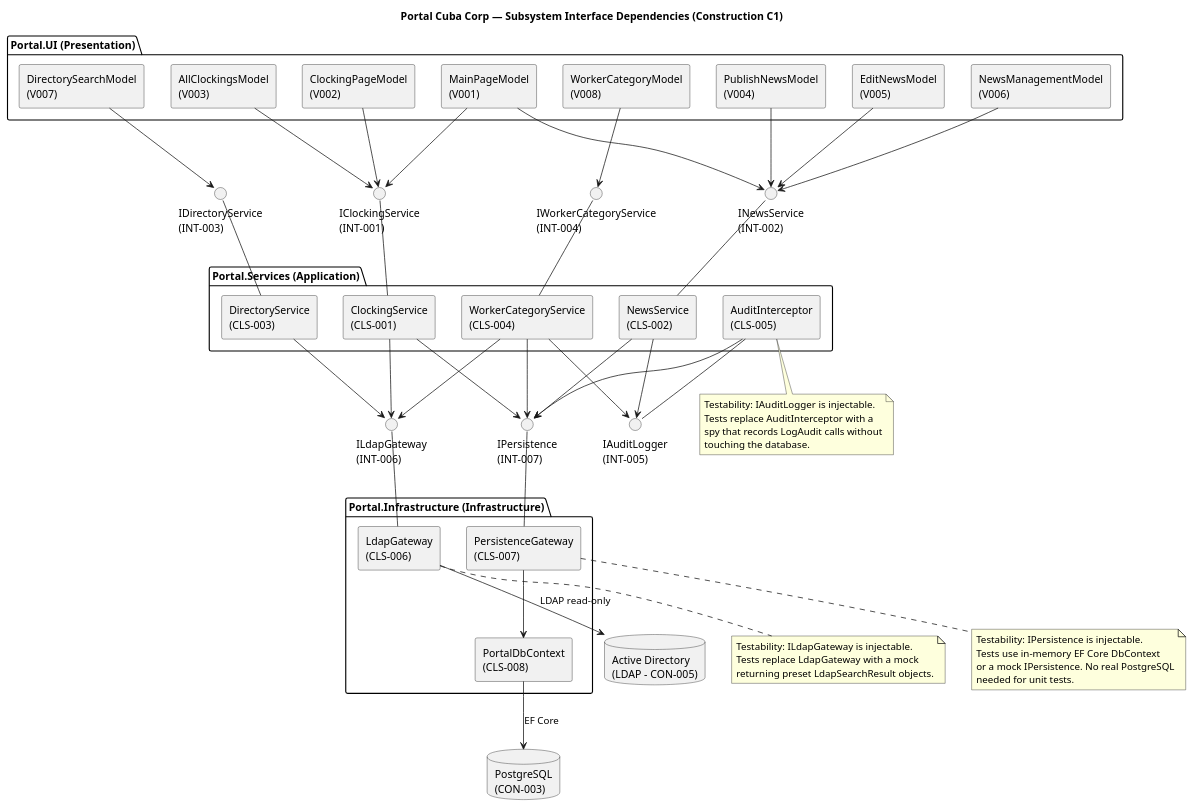
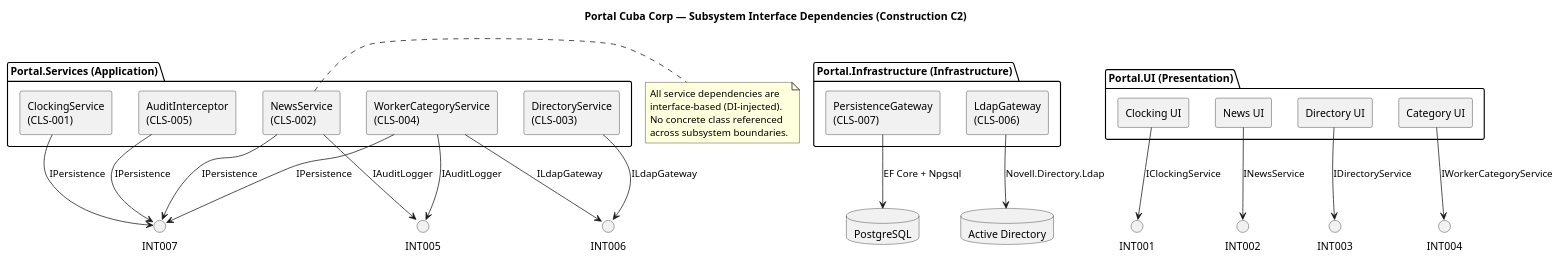
Diagram 15 of 32 in docs/artifacts/analysis---design/design-model.md (banense-test/portal-cuba-corp), drawn with PlantUML before and after one commit. The commit also changed other lines of this file, not shown here.

First line of the commit message:
Designer [C2]: upsert Design Model

````diff
--- a/docs/artifacts/analysis---design/design-model.md
+++ b/docs/artifacts/analysis---design/design-model.md
@@ -1254,97 +1207,55 @@
 ```plantuml
 @startuml
-title Portal Cuba Corp — Subsystem Interface Dependencies (Construction C1)
+title Portal Cuba Corp — Subsystem Interface Dependencies (Construction C2)
 
 skinparam componentStyle rectangle
 skinparam classAttributeIconSize 0
 
 package "Portal.UI (Presentation)" {
-  component "ClockingPageModel\n(V002)" as V002
-  component "MainPageModel\n(V001)" as V001
-  component "AllClockingsModel\n(V003)" as V003
-  component "PublishNewsModel\n(V004)" as V004
-  component "EditNewsModel\n(V005)" as V005
-  component "NewsManagementModel\n(V006)" as V006
-  component "DirectorySearchModel\n(V007)" as V007
-  component "WorkerCategoryModel\n(V008)" as V008
+  [Clocking UI] as UI_CLK
+  [News UI] as UI_NEWS
+  [Directory UI] as UI_DIR
+  [Category UI] as UI_CAT
 }
 
 package "Portal.Services (Application)" {
-  component "ClockingService\n(CLS-001)" as SVC1
-  component "NewsService\n(CLS-002)" as SVC2
-  component "DirectoryService\n(CLS-003)" as SVC3
-  component "WorkerCategoryService\n(CLS-004)" as SVC4
-  component "AuditInterceptor\n(CLS-005)" as SVC5
+  component "ClockingService\n(CLS-001)" as SVC_CLK
+  component "NewsService\n(CLS-002)" as SVC_NEWS
+  component "DirectoryService\n(CLS-003)" as SVC_DIR
+  component "WorkerCategoryService\n(CLS-004)" as SVC_CAT
+  component "AuditInterceptor\n(CLS-005)" as SVC_AUDIT
 }
 
 package "Portal.Infrastructure (Infrastructure)" {
-  component "LdapGateway\n(CLS-006)" as INF1
-  component "PersistenceGateway\n(CLS-007)" as INF2
-  component "PortalDbContext\n(CLS-008)" as INF3
+  component "PersistenceGateway\n(CLS-007)" as INF_PERSIST
+  component "LdapGateway\n(CLS-006)" as INF_LDAP
 }
 
-database "PostgreSQL\n(CON-003)" as PG
-database "Active Directory\n(LDAP - CON-005)" as AD
+database "PostgreSQL" as PG
+database "Active Directory" as AD
 
-interface "IClockingService\n(INT-001)" as I1
-interface "INewsService\n(INT-002)" as I2
-interface "IDirectoryService\n(INT-003)" as I3
-interface "IWorkerCategoryService\n(INT-004)" as I4
-interface "IAuditLogger\n(INT-005)" as I5
-interface "ILdapGateway\n(INT-006)" as I6
-interface "IPersistence\n(INT-007)" as I7
+UI_CLK --> INT001 : IClockingService
+UI_NEWS --> INT002 : INewsService
+UI_DIR --> INT003 : IDirectoryService
+UI_CAT --> INT004 : IWorkerCategoryService
 
-V001 --> I1
-V001 --> I2
-V002 --> I1
-V003 --> I1
-V004 --> I2
-V005 --> I2
-V006 --> I2
-V007 --> I3
-V008 --> I4
+SVC_CLK --> INT007 : IPersistence
+SVC_NEWS --> INT007 : IPersistence
+SVC_NEWS --> INT005 : IAuditLogger
+SVC_DIR --> INT006 : ILdapGateway
+SVC_CAT --> INT007 : IPersistence
+SVC_CAT --> INT006 : ILdapGateway
+SVC_CAT --> INT005 : IAuditLogger
+SVC_AUDIT --> INT007 : IPersistence
 
-SVC1 -up- I1
-SVC2 -up- I2
-SVC3 -up- I3
-SVC4 -up- I4
-SVC5 -up- I5
+INF_PERSIST --> PG : EF Core + Npgsql
+INF_LDAP --> AD : Novell.Directory.Ldap
 
-SVC1 --> I7
-SVC1 --> I6
-SVC2 --> I7
-SVC2 --> I5
-SVC3 --> I6
-SVC4 --> I7
-SVC4 --> I6
-SVC4 --> I5
-SVC5 --> I7
-
-INF1 -up- I6
-INF2 -up- I7
-
-INF2 --> INF3
-INF1 --> AD : LDAP read-only
-INF3 --> PG : EF Core
-
-note bottom of SVC5
-  Testability: IAuditLogger is injectable.
-  Tests replace AuditInterceptor with a
-  spy that records LogAudit calls without
-  touching the database.
-end note
-
-note bottom of INF1
-  Testability: ILdapGateway is injectable.
-  Tests replace LdapGateway with a mock
-  returning preset LdapSearchResult objects.
-end note
-
-note bottom of INF2
-  Testability: IPersistence is injectable.
-  Tests use in-memory EF Core DbContext
-  or a mock IPersistence. No real PostgreSQL
-  needed for unit tests.
+note right of SVC_NEWS
+  All service dependencies are
+  interface-based (DI-injected).
+  No concrete class referenced
+  across subsystem boundaries.
 end note
 
 @enduml
````
